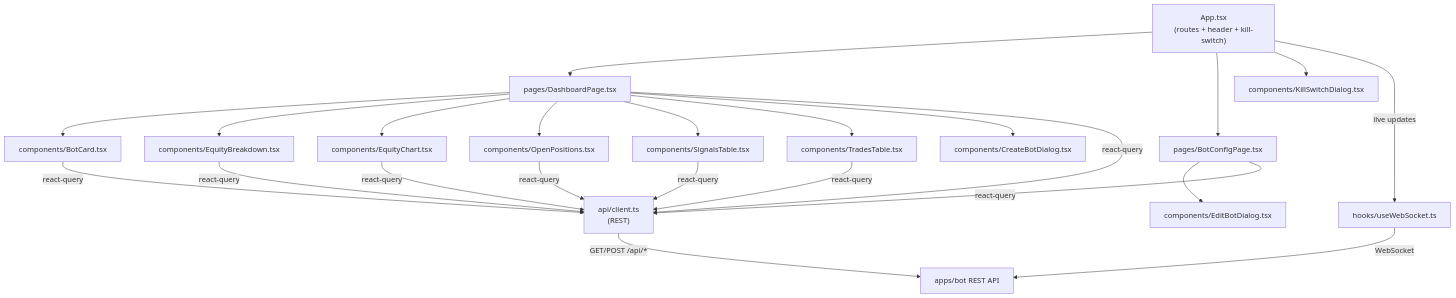
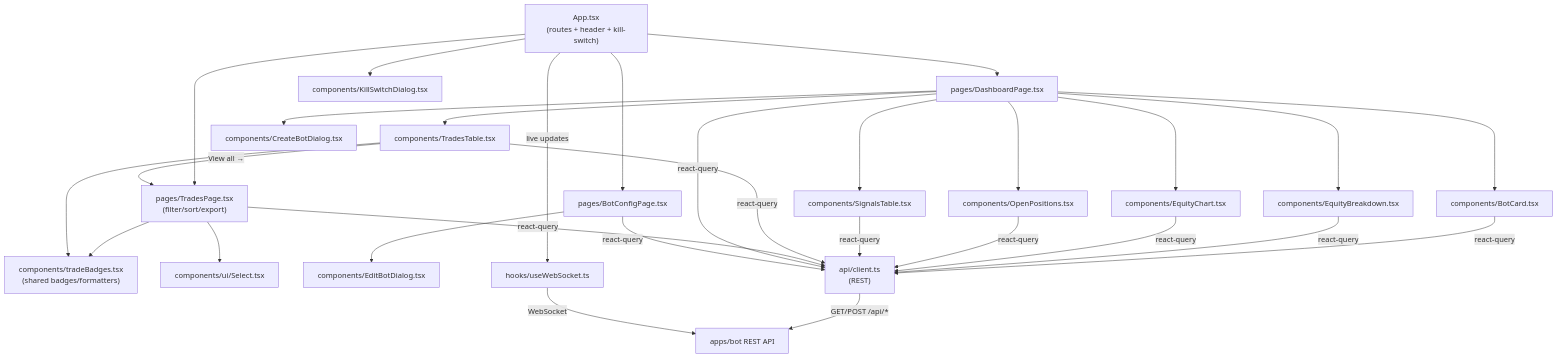
Before and after one commit to nicojav/crypto-bot: the diagram in apps/dashboard/README.md, drawn with Mermaid. The commit also changed other lines of this file and 2 other files, not shown here.

Commit message:
feat(dashboard): wire up /trades route, header nav, and docs
Register the /trades route in App.tsx, add a Trades link to the header nav and
make the logo a home link, and update the dashboard README architecture diagram
to include TradesPage and the shared tradeBadges/Select modules.

````diff
--- a/apps/dashboard/README.md
+++ b/apps/dashboard/README.md
@@ -9,22 +9,27 @@
 ```mermaid
 graph TB
     APP["App.tsx<br/>(routes + header + kill-switch)"]
     APP --> DP["pages/DashboardPage.tsx"]
+    APP --> TP["pages/TradesPage.tsx<br/>(filter/sort/export)"]
     APP --> BC["pages/BotConfigPage.tsx"]
 
     DP --> BotCard["components/BotCard.tsx"]
     DP --> EquityBreakdown["components/EquityBreakdown.tsx"]
     DP --> EquityChart["components/EquityChart.tsx"]
     DP --> OpenPositions["components/OpenPositions.tsx"]
     DP --> SignalsTable["components/SignalsTable.tsx"]
     DP --> TradesTable["components/TradesTable.tsx"]
+    TradesTable -->|"View all →"| TP
+    TP --> Badges["components/tradeBadges.tsx<br/>(shared badges/formatters)"]
+    TradesTable --> Badges
+    TP --> UISelect["components/ui/Select.tsx"]
     DP --> CreateBotDialog["components/CreateBotDialog.tsx"]
     BC --> EditBotDialog["components/EditBotDialog.tsx"]
     APP --> KillSwitchDialog["components/KillSwitchDialog.tsx"]
 
-    BotCard & EquityBreakdown & EquityChart & OpenPositions & SignalsTable & TradesTable & DP & BC -->|"react-query"| CLIENT["api/client.ts<br/>(REST)"]
+    BotCard & EquityBreakdown & EquityChart & OpenPositions & SignalsTable & TradesTable & TP & DP & BC -->|"react-query"| CLIENT["api/client.ts<br/>(REST)"]
     APP -->|"live updates"| WSHOOK["hooks/useWebSocket.ts"]
 
     CLIENT -->|"GET/POST /api/*"| BOT["apps/bot REST API"]
     WSHOOK -->|"WebSocket"| BOT
 ```
````
